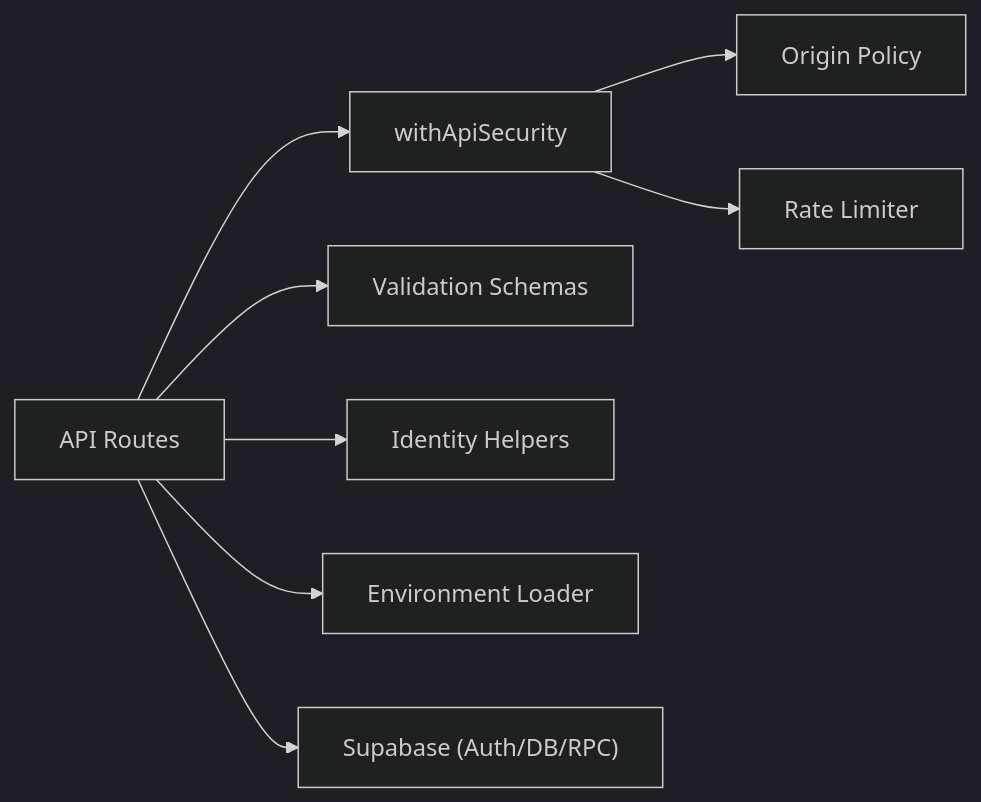
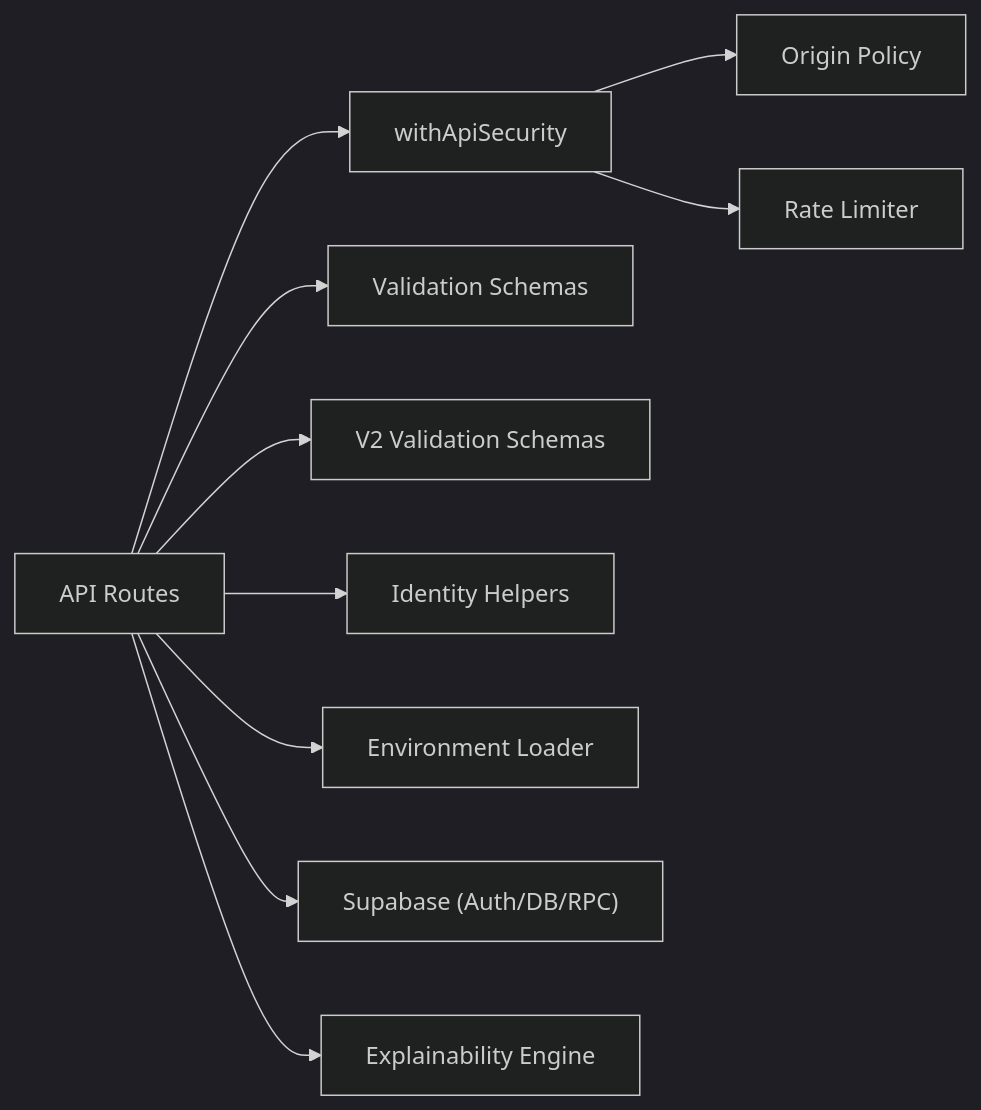
One commit to AmeliaDi/ProyectoENESZooMatch changed the eighth of 8 diagrams in .qoder/repowiki/en/content/Architecture Overview/API Layer & Security.md. Above: the diagram before and after it, drawn with Mermaid (dark theme). The commit also changed other lines of this file and 43 other files, not shown here.

````diff
--- a/.qoder/repowiki/en/content/Architecture Overview/API Layer & Security.md
+++ b/.qoder/repowiki/en/content/Architecture Overview/API Layer & Security.md
@@ -362,10 +485,12 @@
 ```mermaid
 graph LR
 Routes["API Routes"] --> Sec["withApiSecurity"]
 Sec --> Origin["Origin Policy"]
 Sec --> RL["Rate Limiter"]
 Routes --> Valid["Validation Schemas"]
+Routes --> ValidV2["V2 Validation Schemas"]
 Routes --> Id["Identity Helpers"]
 Routes --> Env["Environment Loader"]
 Routes --> Supa["Supabase (Auth/DB/RPC)"]
+Routes --> Explain["Explainability Engine"]
 ```
````
